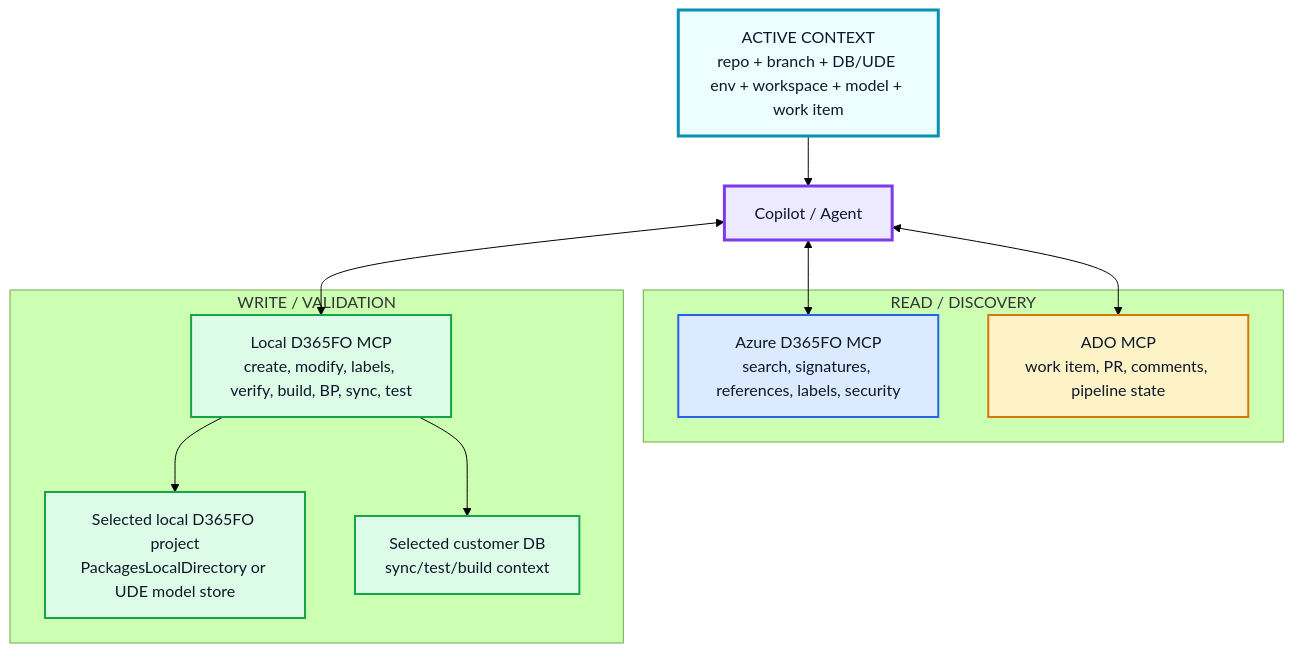
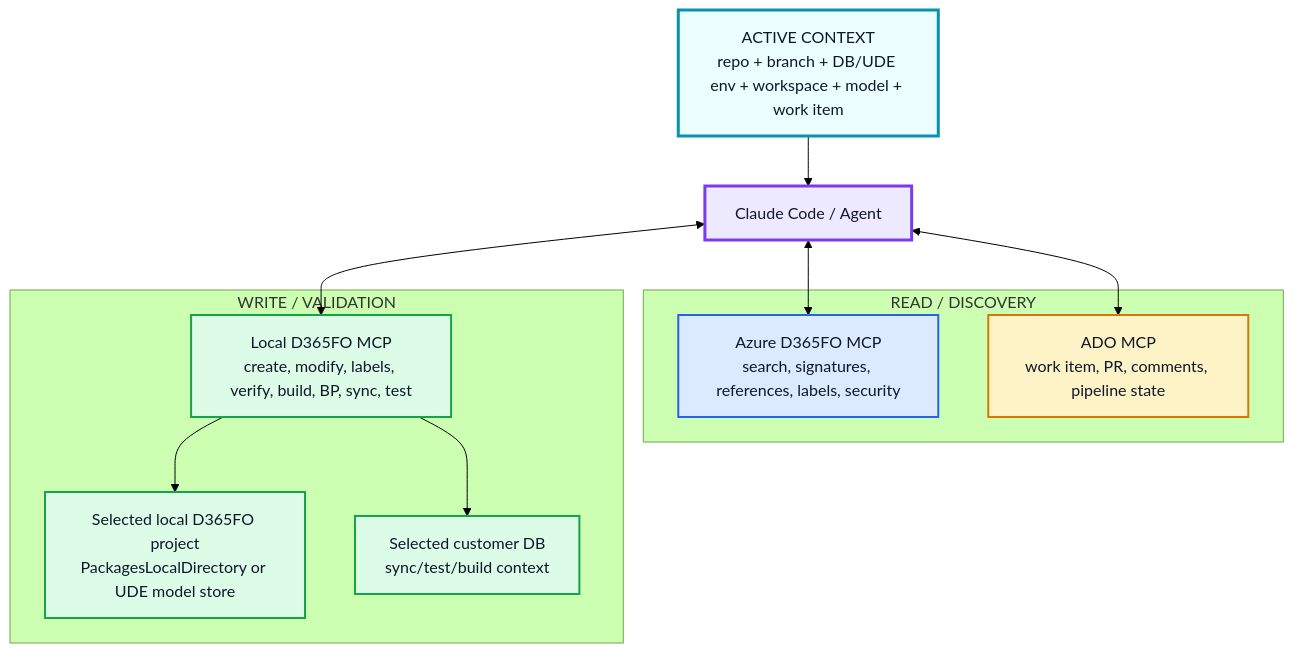
Before and after one commit to tfranczyk/d365fo-mcp-server: the fifth of 5 diagrams in docs/XPP_DEVELOPMENT_WITH_MCP.md, drawn with Mermaid (forest theme). The commit also changed other lines of this file and 10 other files, not shown here.

First line of the commit message:
Docs: Claude Code only, point to the two root deployment guides, fix repo URLs

````diff
--- a/docs/XPP_DEVELOPMENT_WITH_MCP.md
+++ b/docs/XPP_DEVELOPMENT_WITH_MCP.md
@@ -324,29 +324,29 @@
 ```mermaid
 flowchart TB
     classDef context fill:#ecfeff,stroke:#0891b2,stroke-width:3px,color:#0f172a
     classDef read fill:#dbeafe,stroke:#2563eb,stroke-width:2px,color:#0f172a
     classDef write fill:#dcfce7,stroke:#16a34a,stroke-width:2px,color:#0f172a
     classDef ado fill:#fef3c7,stroke:#d97706,stroke-width:2px,color:#0f172a
     classDef agent fill:#ede9fe,stroke:#7c3aed,stroke-width:3px,color:#0f172a
 
     Context["ACTIVE CONTEXT<br/>repo + branch + DB/UDE env + workspace + model + work item"]:::context
-    Agent["Copilot / Agent"]:::agent
+    Agent["Claude Code / Agent"]:::agent
 
     subgraph Reads["READ / DISCOVERY"]
         Azure["Azure D365FO MCP<br/>search, signatures, references, labels, security"]:::read
         ADO["ADO MCP<br/>work item, PR, comments, pipeline state"]:::ado
     end
 
     subgraph Writes["WRITE / VALIDATION"]
         Local["Local D365FO MCP<br/>create, modify, labels, verify, build, BP, sync, test"]:::write
         Files["Selected local D365FO project<br/>PackagesLocalDirectory or UDE model store"]:::write
         DB["Selected customer DB<br/>sync/test/build context"]:::write
     end
 
     Context --> Agent
     Agent <--> Azure
     Agent <--> ADO
     Agent <--> Local
     Local --> Files
     Local --> DB
 ```
````
